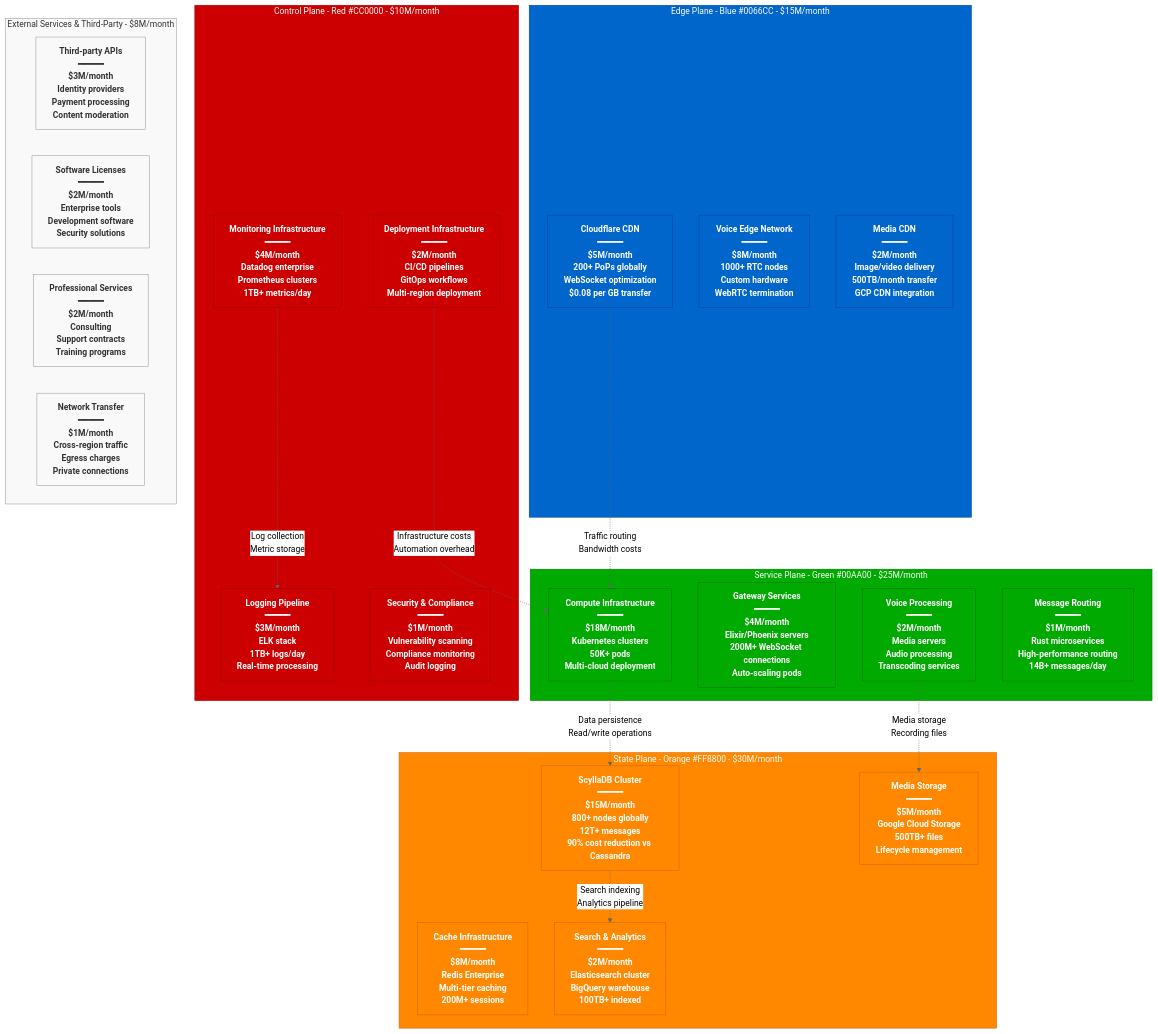
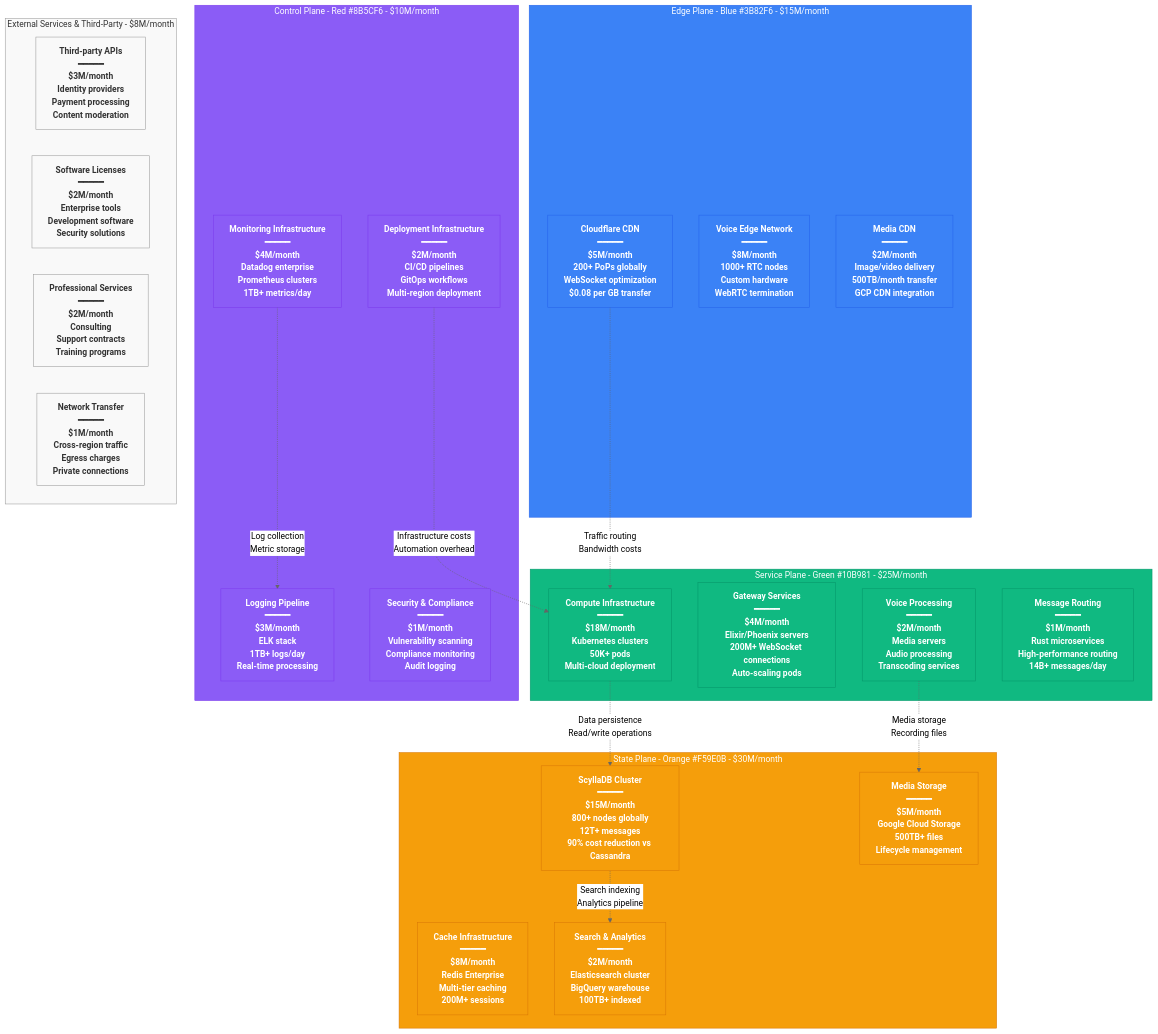
One commit to deepaucksharma/DS changed the diagram in site/docs/systems/discord/cost-breakdown.md. Above: the diagram before and after it, drawn with Mermaid (neutral theme). The commit also changed 303 other files, not shown here.

````diff
--- a/site/docs/systems/discord/cost-breakdown.md
+++ b/site/docs/systems/discord/cost-breakdown.md
@@ -7,7 +7,7 @@
 ```mermaid
 graph TB
-    subgraph EdgePlane["Edge Plane - Blue #0066CC - $15M/month"]
-        style EdgePlane fill:#0066CC,stroke:#004499,color:#fff
+    subgraph EdgePlane["Edge Plane - Blue #3B82F6 - $15M/month"]
+        style EdgePlane fill:#3B82F6,stroke:#2563EB,color:#fff
 
         CloudFlareCDN["Cloudflare CDN<br/>━━━━━<br/>$5M/month<br/>200+ PoPs globally<br/>WebSocket optimization<br/>$0.08 per GB transfer"]
 
@@ -16,8 +16,8 @@
         MediaCDN["Media CDN<br/>━━━━━<br/>$2M/month<br/>Image/video delivery<br/>500TB/month transfer<br/>GCP CDN integration"]
     end
 
-    subgraph ServicePlane["Service Plane - Green #00AA00 - $25M/month"]
-        style ServicePlane fill:#00AA00,stroke:#007700,color:#fff
+    subgraph ServicePlane["Service Plane - Green #10B981 - $25M/month"]
+        style ServicePlane fill:#10B981,stroke:#059669,color:#fff
 
         ComputeInfrastructure["Compute Infrastructure<br/>━━━━━<br/>$18M/month<br/>Kubernetes clusters<br/>50K+ pods<br/>Multi-cloud deployment"]
 
@@ -28,8 +28,8 @@
         MessageRouting["Message Routing<br/>━━━━━<br/>$1M/month<br/>Rust microservices<br/>High-performance routing<br/>14B+ messages/day"]
     end
 
-    subgraph StatePlane["State Plane - Orange #FF8800 - $30M/month"]
-        style StatePlane fill:#FF8800,stroke:#CC6600,color:#fff
+    subgraph StatePlane["State Plane - Orange #F59E0B - $30M/month"]
+        style StatePlane fill:#F59E0B,stroke:#D97706,color:#fff
 
         ScyllaDBCluster["ScyllaDB Cluster<br/>━━━━━<br/>$15M/month<br/>800+ nodes globally<br/>12T+ messages<br/>90% cost reduction vs Cassandra"]
 
@@ -40,8 +40,8 @@
         SearchStorage["Search & Analytics<br/>━━━━━<br/>$2M/month<br/>Elasticsearch cluster<br/>BigQuery warehouse<br/>100TB+ indexed"]
     end
 
-    subgraph ControlPlane["Control Plane - Red #CC0000 - $10M/month"]
-        style ControlPlane fill:#CC0000,stroke:#990000,color:#fff
+    subgraph ControlPlane["Control Plane - Red #8B5CF6 - $10M/month"]
+        style ControlPlane fill:#8B5CF6,stroke:#7C3AED,color:#fff
 
         MonitoringStack["Monitoring Infrastructure<br/>━━━━━<br/>$4M/month<br/>Datadog enterprise<br/>Prometheus clusters<br/>1TB+ metrics/day"]
 
@@ -75,10 +75,10 @@
     DeploymentInfra -.->|"Infrastructure costs<br/>Automation overhead"| ComputeInfrastructure
 
     %% Apply standard colors
-    classDef edgeStyle fill:#0066CC,stroke:#004499,color:#fff,font-weight:bold
-    classDef serviceStyle fill:#00AA00,stroke:#007700,color:#fff,font-weight:bold
-    classDef stateStyle fill:#FF8800,stroke:#CC6600,color:#fff,font-weight:bold
-    classDef controlStyle fill:#CC0000,stroke:#990000,color:#fff,font-weight:bold
+    classDef edgeStyle fill:#3B82F6,stroke:#2563EB,color:#fff,font-weight:bold
+    classDef serviceStyle fill:#10B981,stroke:#059669,color:#fff,font-weight:bold
+    classDef stateStyle fill:#F59E0B,stroke:#D97706,color:#fff,font-weight:bold
+    classDef controlStyle fill:#8B5CF6,stroke:#7C3AED,color:#fff,font-weight:bold
     classDef externalStyle fill:#f9f9f9,stroke:#999,color:#333,font-weight:bold
 
     class CloudFlareCDN,VoiceEdgeNetwork,MediaCDN edgeStyle
````
